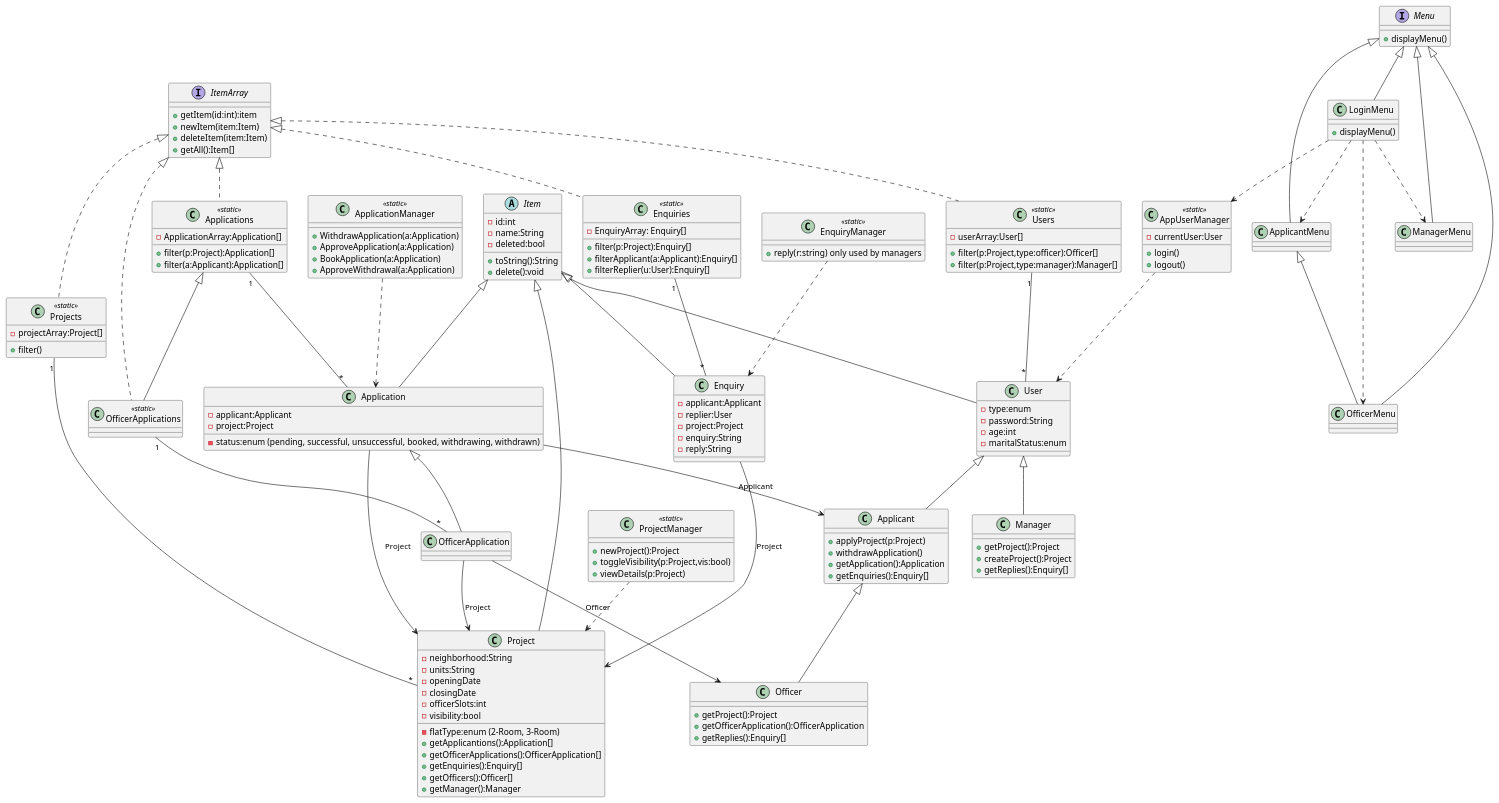
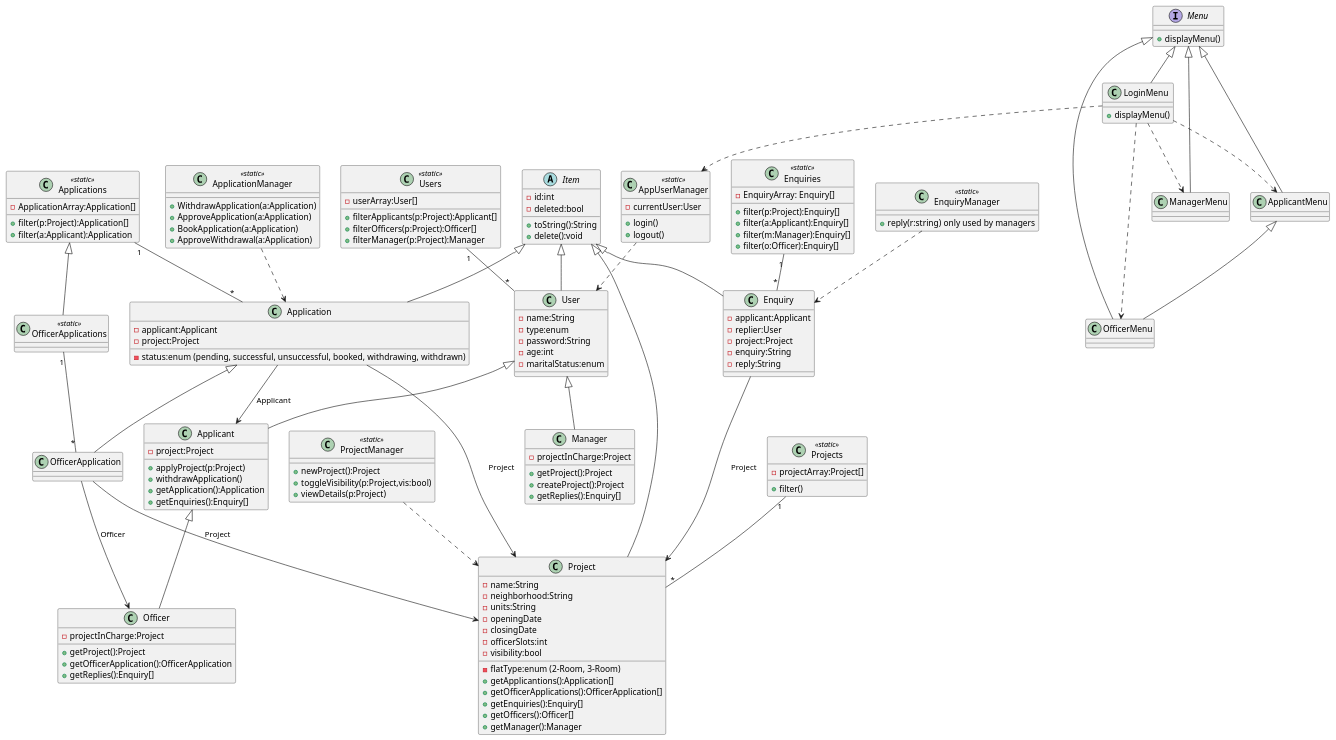
The diagram in Entity Class Diagram.wsd (arpita729/SC2002-Project), drawn with PlantUML before and after one commit. The commit also changed 16 other files, not shown here.

```diff
--- a/Entity Class Diagram.wsd
+++ b/Entity Class Diagram.wsd
@@ -1,163 +1,164 @@
 @startuml EntityClassDiagram
 abstract Item {
     -id:int
-    -name:String
     -deleted:bool
     +toString():String
     +delete():void
 }
 
-interface ItemArray{
-    +getItem(id:int):item
-    +newItem(item:Item)
-    +deleteItem(item:Item)
-    +getAll():Item[]
-}
-
 'Project Items
 class Project extends Item {
+    -name:String
     -neighborhood:String
     -flatType:enum (2-Room, 3-Room)
     -units:String
     -openingDate
     -closingDate
     -officerSlots:int
     -visibility:bool
     +getApplicantions():Application[]
     +getOfficerApplications():OfficerApplication[]
     +getEnquiries():Enquiry[]
     +getOfficers():Officer[]
     +getManager():Manager
 }
 
 class Application extends Item {
     -applicant:Applicant
     -project:Project
     -status:enum (pending, successful, unsuccessful, booked, withdrawing, withdrawn)
 }
 
 Application --> Applicant : Applicant
 Application --> Project : Project
 
 class OfficerApplication extends Application
 OfficerApplication --> Officer : Officer
 OfficerApplication --> Project : Project
 
 class Enquiry extends Item {
     -applicant:Applicant
     -replier:User
     -project:Project
     -enquiry:String
     -reply:String
 }
 Enquiry --> Project : Project
 
 'Users
 class User extends Item{
+    -name:String
     -type:enum
     -password:String
     -age:int
     -maritalStatus:enum
 }
 
 class Applicant extends User {
+    -project:Project
     +applyProject(p:Project)
     +withdrawApplication()
     +getApplication():Application
     +getEnquiries():Enquiry[]
 }
 
 class Officer extends Applicant {
+    -projectInCharge:Project
     +getProject():Project
     +getOfficerApplication():OfficerApplication
     +getReplies():Enquiry[]
 }
 
 class Manager extends User {
+    -projectInCharge:Project
     +getProject():Project
     +createProject():Project
     +getReplies():Enquiry[]
 }
 
 'GUI Interfaces 
 interface Menu {
     +displayMenu()
 }
 class ApplicantMenu extends Menu
 class ManagerMenu extends Menu
 class OfficerMenu extends Menu
 class LoginMenu extends Menu {
     +displayMenu()
     'after login, we call one of the 3 menus based on the  enum 
 }
 LoginMenu ..> AppUserManager
 LoginMenu ..> ApplicantMenu
 LoginMenu ..> OfficerMenu
 LoginMenu ..> ManagerMenu
 
 'Arrays
-class Users <<static>> implements ItemArray {
+class Users <<static>> {
     -userArray:User[]
-    +filter(p:Project,type:officer):Officer[]
-    +filter(p:Project,type:manager):Manager[]
+    +filterApplicants(p:Project):Applicant[]
+    +filterOfficers(p:Project):Officer[]
+    +filterManager(p:Project):Manager
 }
 Users "1" -- "*" User
 
-class Projects <<static>> implements ItemArray {
+class Projects <<static>> {
     -projectArray:Project[]
     +filter()
 }
 Projects "1" -- "*" Project
 
-class Applications <<static>> implements ItemArray {
+class Applications <<static>>{
     -ApplicationArray:Application[]
     +filter(p:Project):Application[]
-    +filter(a:Applicant):Application[]
+    +filter(a:Applicant):Application
 }
 Applications "1" -- "*" Application
 
-class OfficerApplications <<static>> extends Applications implements ItemArray 
+class OfficerApplications <<static>> extends Applications 
 OfficerApplications "1" -- "*" OfficerApplication
 
-class Enquiries <<static>> implements ItemArray {
+class Enquiries <<static>> {
     -EnquiryArray: Enquiry[]
     +filter(p:Project):Enquiry[]
-    +filterApplicant(a:Applicant):Enquiry[]
-    +filterReplier(u:User):Enquiry[]
+    'filtering as an applicant gets enquiries
+    +filter(a:Applicant):Enquiry[] 
+    'filtering as a manager or officer gets replies
+    +filter(m:Manager):Enquiry[]
+    +filter(o:Officer):Enquiry[]
 }
 Enquiries "1" -- "*" Enquiry
 
 'Managers
 class ApplicationManager <<static>> {
     +WithdrawApplication(a:Application)
     +ApproveApplication(a:Application)
     +BookApplication(a:Application)
     +ApproveWithdrawal(a:Application)
 }
 ApplicationManager ..> Application
 
 class ProjectManager <<static>> {
     +newProject():Project
     +toggleVisibility(p:Project,vis:bool)
     +viewDetails(p:Project)
 }
 ProjectManager ..> Project
 
 class EnquiryManager <<static>> {
     +reply(r:string) only used by managers
 }
 EnquiryManager ..> Enquiry
 
 class AppUserManager <<static>> {
     -currentUser:User
     +login()
     +logout()
 }
 AppUserManager ..> User
 
 
 ' not sure about this one
 class OfficerMenu extends ApplicantMenu 
 
 
 @enduml
```
